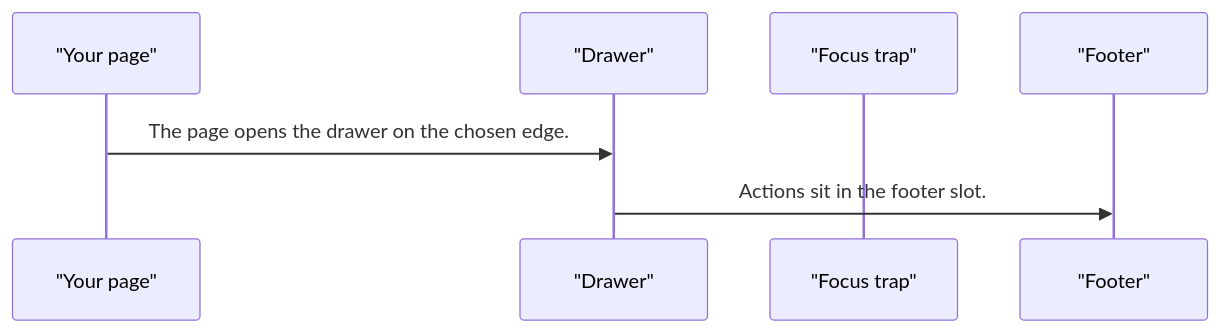
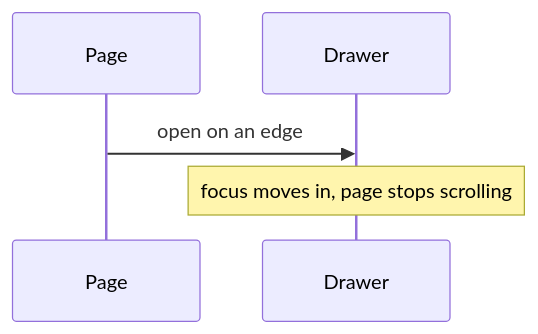
Before and after one commit to RajshekharBorate/pixel-ui: the second of 3 diagrams in projects/pixel-ui/src/lib/pixel-drawer/DESIGN.md, drawn with Mermaid. The commit also changed other lines of this file and 73 other files, not shown here.

Commit message:
Explain who owns each value and what each flow does in every component and service design.

````diff
--- a/projects/pixel-ui/src/lib/pixel-drawer/DESIGN.md
+++ b/projects/pixel-ui/src/lib/pixel-drawer/DESIGN.md
@@ -48,9 +60,7 @@
 ```mermaid
 sequenceDiagram
-  participant page as "Your page"
-  participant drawer as "Drawer"
-  participant focus as "Focus trap"
-  participant footer as "Footer"
-  page->>drawer: The page opens the drawer on the chosen edge.
-  drawer->>footer: Actions sit in the footer slot.
+  participant Page
+  participant Drawer
+  Page->>Drawer: open on an edge
+  Note over Drawer: focus moves in, page stops scrolling
 ```
````
